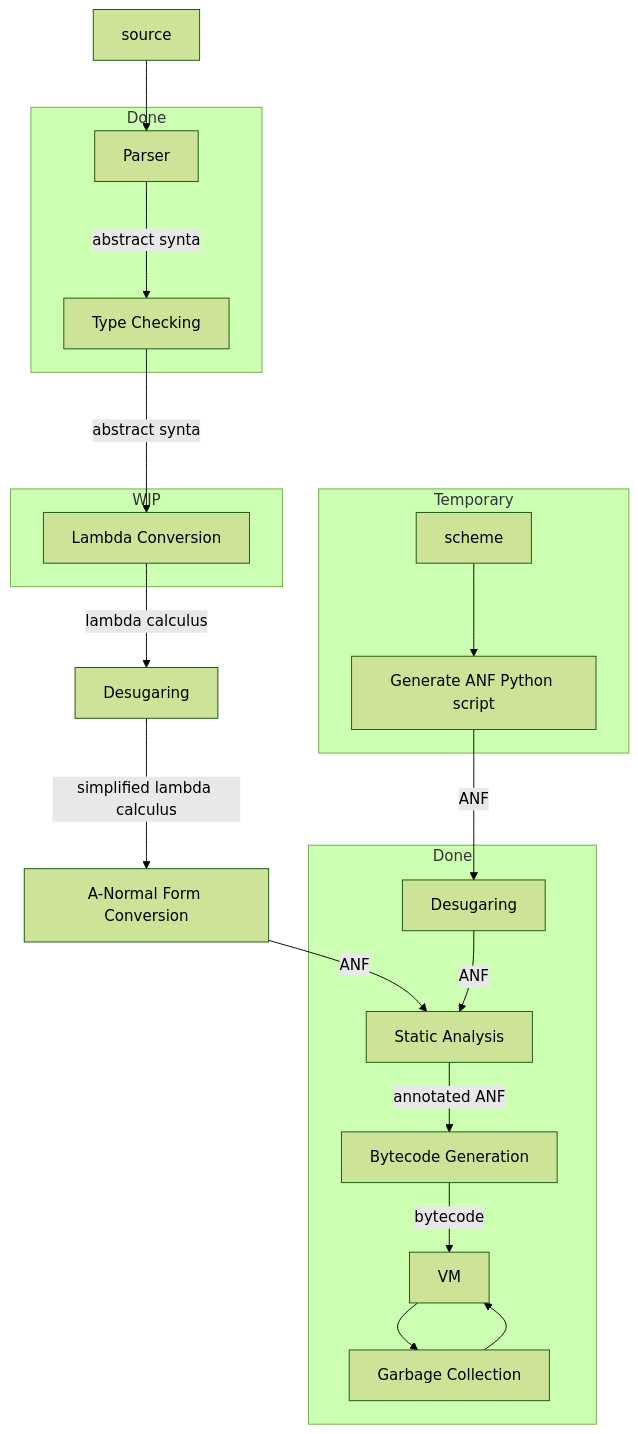
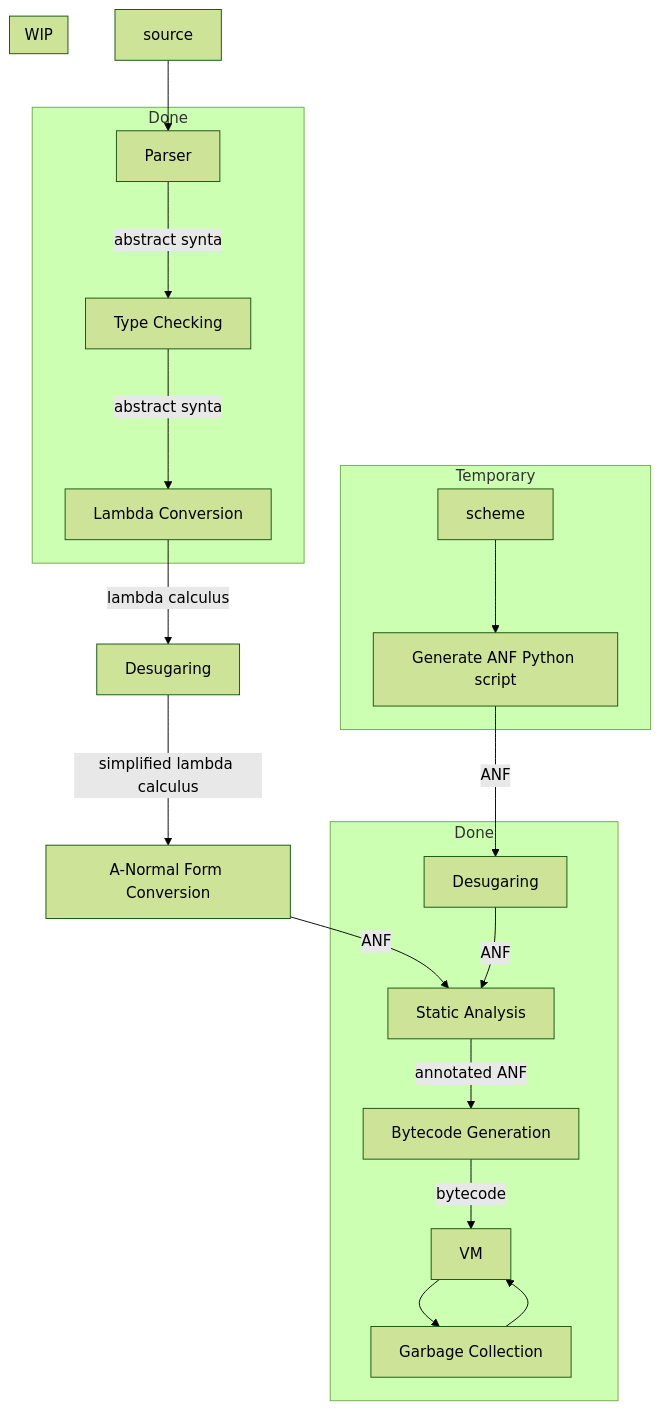
The diagram in README.md (billhails/CEKF), drawn with Mermaid (forest theme) before and after one commit.

````diff
--- a/README.md
+++ b/README.md
@@ -63,38 +63,36 @@
 ```mermaid
 flowchart TD
 source -->
 AST[Parser] --abstract syntax-->
 check[Type Checking] --abstract syntax-->
 lambda[Lambda Conversion] --lambda calculus-->
 desugaring1[Desugaring] -- simplified lambda calculus-->
 anf[A-Normal Form Conversion] --ANF-->
 static[Static Analysis] --annotated ANF-->
 Bytecode[Bytecode Generation] --bytecode--> VM
 scheme -->
 make_ast[Generate ANF Python script] --ANF-->
 desugaring2[Desugaring] --ANF-->
 static
 GC[Garbage Collection] --> VM
 VM --> GC
 subgraph done1[Done]
    desugaring2
    static
    Bytecode
    VM
    GC
 end
 subgraph done2[Done]
    AST
    check
-end
-subgraph WIP
-    lambda
+   lambda
 end
 subgraph temp[Temporary]
    scheme
    make_ast
 end
 subgraph WIP
    lambda
 end
 ```
````
